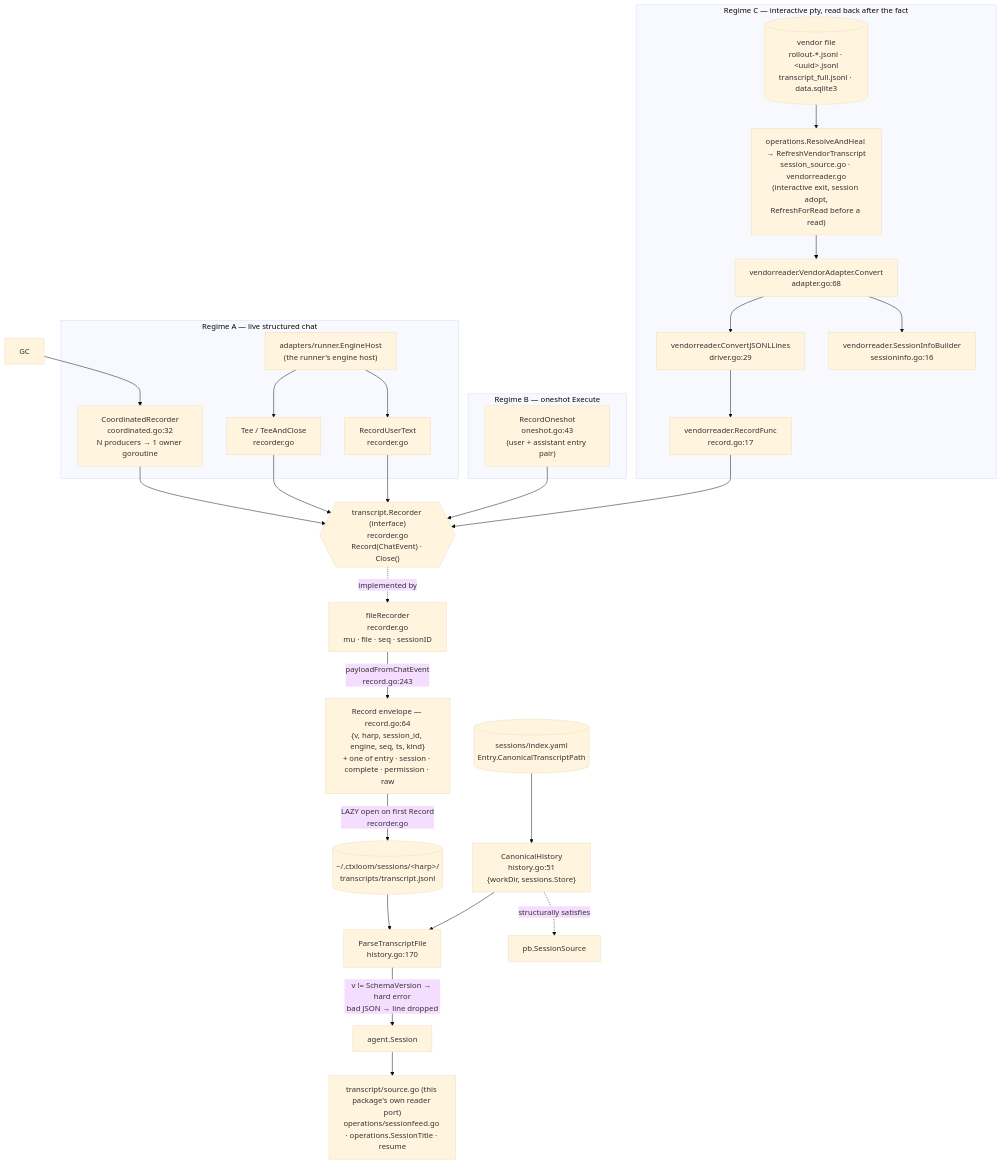
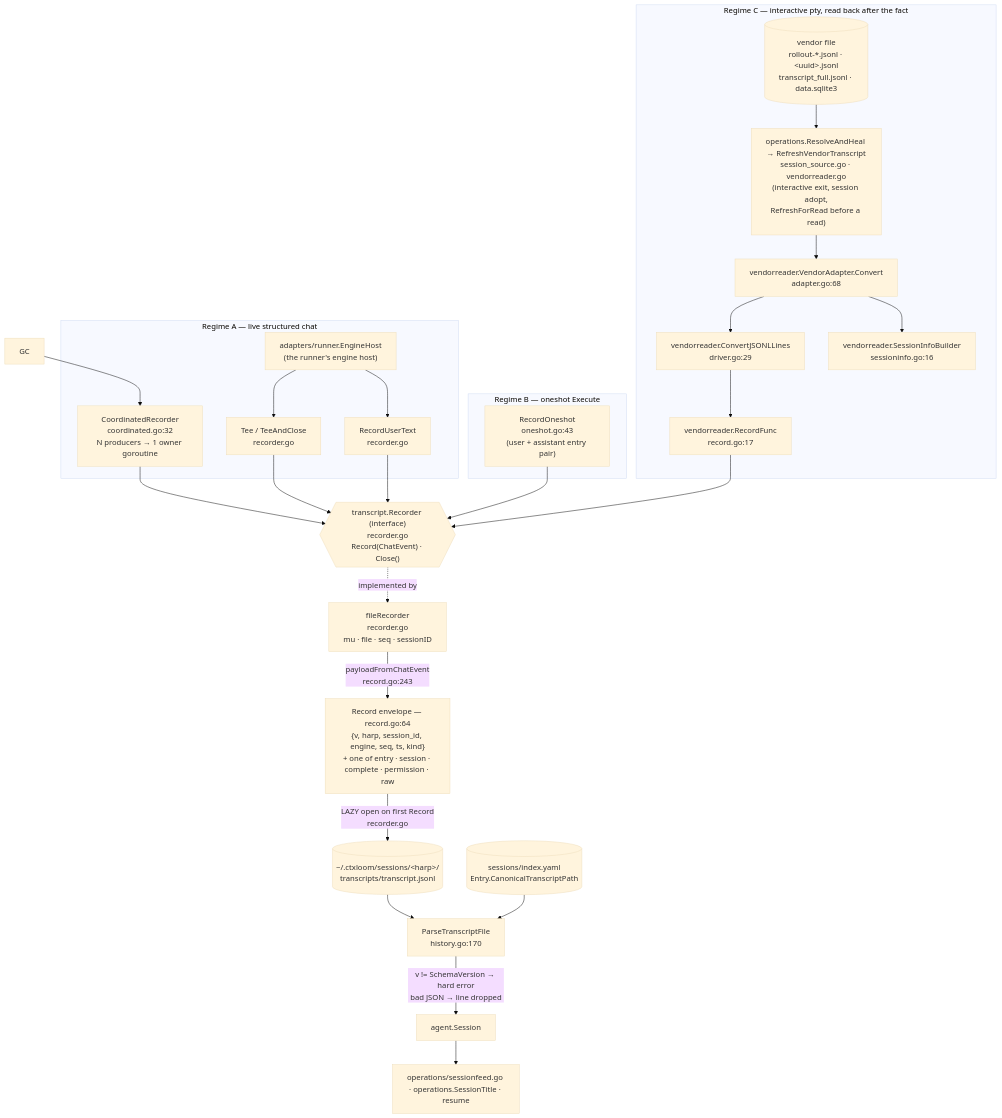
One commit to ctxloom/ctxloom changed the first of 2 diagrams in docs/architecture/companions/transcript.md. Above: the diagram before and after it, drawn with Mermaid (base theme). The commit also changed other lines of this file and 9 other files, not shown here.

First line of the commit message:
refactor(transcript): delete CanonicalHistory, which nothing in production read through

````diff
--- a/docs/architecture/companions/transcript.md
+++ b/docs/architecture/companions/transcript.md
@@ -23,46 +23,44 @@
 ```mermaid
 flowchart TD
     subgraph live["Regime A — live structured chat"]
       EH["adapters/runner.EngineHost<br/>(the runner's engine host)"]
       CR["CoordinatedRecorder<br/>coordinated.go:32<br/>N producers → 1 owner goroutine"]
       TEE["Tee / TeeAndClose<br/>recorder.go"]
       RUT["RecordUserText<br/>recorder.go"]
     end
 
     subgraph oneshot["Regime B — oneshot Execute"]
       RO["RecordOneshot<br/>oneshot.go:43<br/>(user + assistant entry pair)"]
     end
 
     subgraph vendor["Regime C — interactive pty, read back after the fact"]
       VF[("vendor file<br/>rollout-*.jsonl · &lt;uuid&gt;.jsonl<br/>transcript_full.jsonl · data.sqlite3")]
       CVT["operations.ResolveAndHeal → RefreshVendorTranscript<br/>session_source.go · vendorreader.go<br/>(interactive exit, session adopt,<br/>RefreshForRead before a read)"]
       VA["vendorreader.VendorAdapter.Convert<br/>adapter.go:68"]
       DRV["vendorreader.ConvertJSONLLines<br/>driver.go:29"]
       SIB["vendorreader.SessionInfoBuilder<br/>sessioninfo.go:16"]
       RF["vendorreader.RecordFunc<br/>record.go:17"]
     end
 
     GC --> CR
     EH --> TEE
     EH --> RUT
     CR --> RECI
     TEE --> RECI
     RUT --> RECI
     RO --> RECI
     VF --> CVT --> VA --> DRV
     VA --> SIB
     DRV --> RF --> RECI
 
     RECI{{"transcript.Recorder (interface)<br/>recorder.go<br/>Record(ChatEvent) · Close()"}}
     RECI -.implemented by.-> FR["fileRecorder<br/>recorder.go<br/>mu · file · seq · sessionID"]
 
     FR -->|"payloadFromChatEvent<br/>record.go:243"| REC["Record envelope — record.go:64<br/>{v, harp, session_id, engine, seq, ts, kind}<br/>+ one of entry · session · complete · permission · raw"]
     REC -->|"LAZY open on first Record<br/>recorder.go"| DISK[("~/.ctxloom/sessions/&lt;harp&gt;/<br/>transcripts/transcript.jsonl")]
 
     DISK --> PTF["ParseTranscriptFile<br/>history.go:170"]
     PTF -->|"v != SchemaVersion → hard error<br/>bad JSON → line dropped"| SESS["agent.Session"]
-    CH["CanonicalHistory<br/>history.go:51<br/>{workDir, sessions.Store}"] --> PTF
-    CH -.structurally satisfies.-> PBS["pb.SessionSource"]
-    IDX[("sessions/index.yaml<br/>Entry.CanonicalTranscriptPath")] --> CH
-    SESS --> CONS["transcript/source.go (this package's own reader port)<br/>operations/sessionfeed.go · operations.SessionTitle · resume"]
+    IDX[("sessions/index.yaml<br/>Entry.CanonicalTranscriptPath")] --> PTF
+    SESS --> CONS["operations/sessionfeed.go · operations.SessionTitle · resume"]
 ```
````
